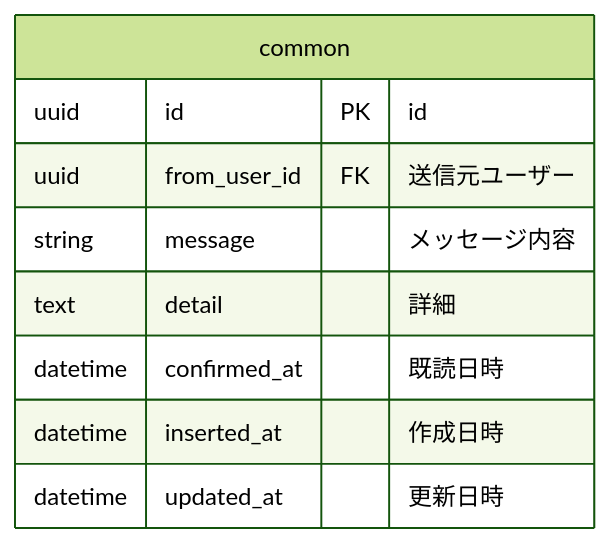
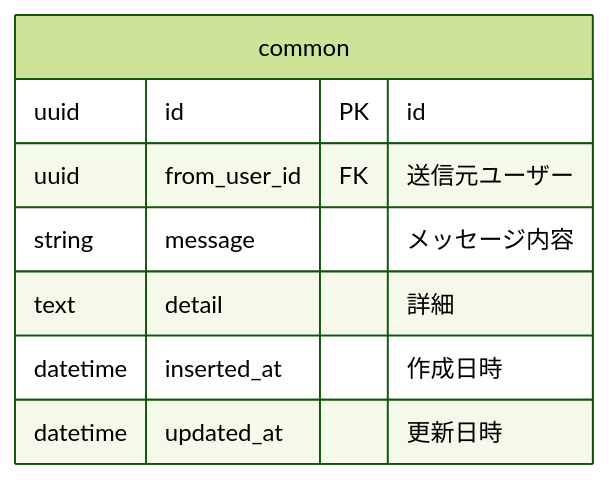
Before and after one commit to bright-org/bright: the first of 4 diagrams in docs/conceptual_schemas/notifications.md, drawn with Mermaid (forest theme). The commit also changed other lines of this file and 7 other files, not shown here.

````diff
--- a/docs/conceptual_schemas/notifications.md
+++ b/docs/conceptual_schemas/notifications.md
@@ -54,12 +52,11 @@
 ```mermaid
 erDiagram
   common {
     uuid id PK "id"
     uuid from_user_id	FK "送信元ユーザー"
     string message	"メッセージ内容"
     text detail	"詳細"
-    datetime confirmed_at "既読日時"
     datetime inserted_at "作成日時"
     datetime updated_at "更新日時"
   }
 ```
````
